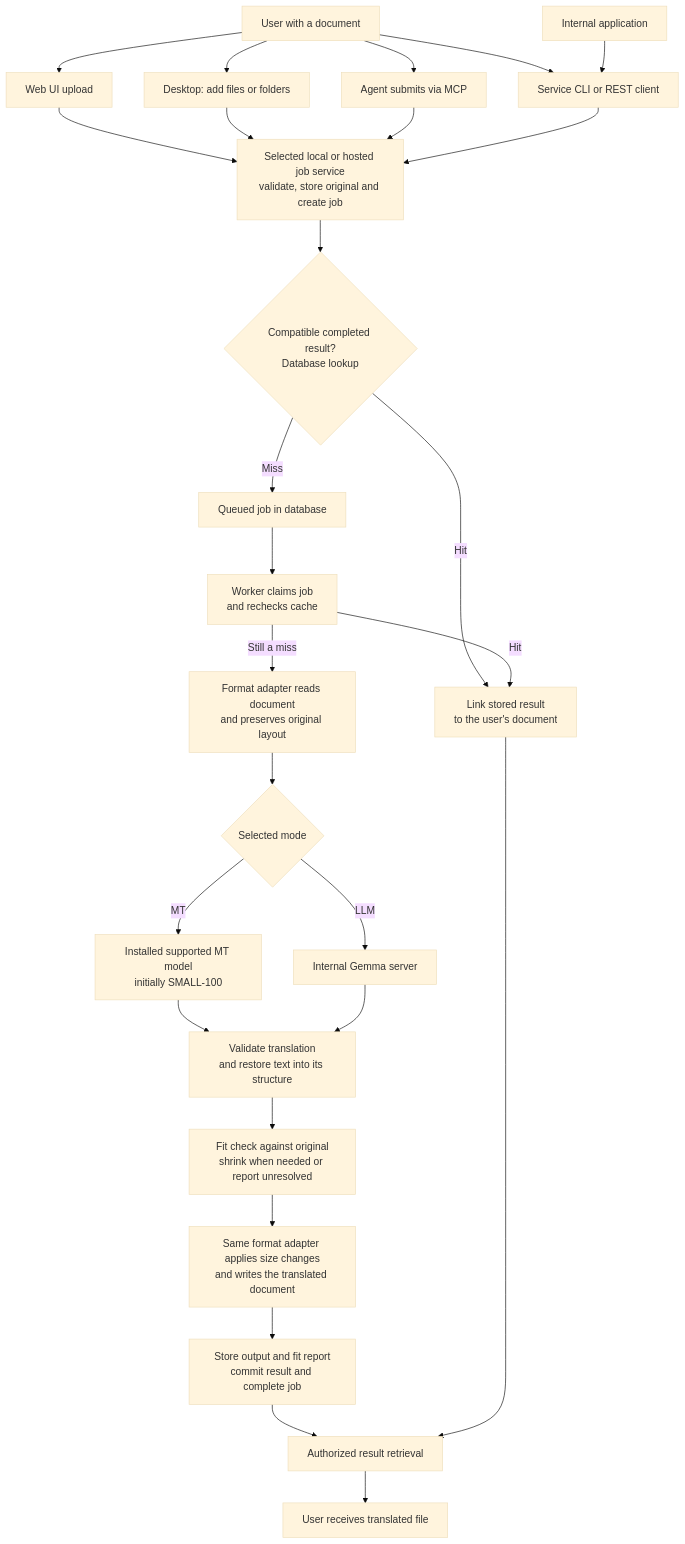
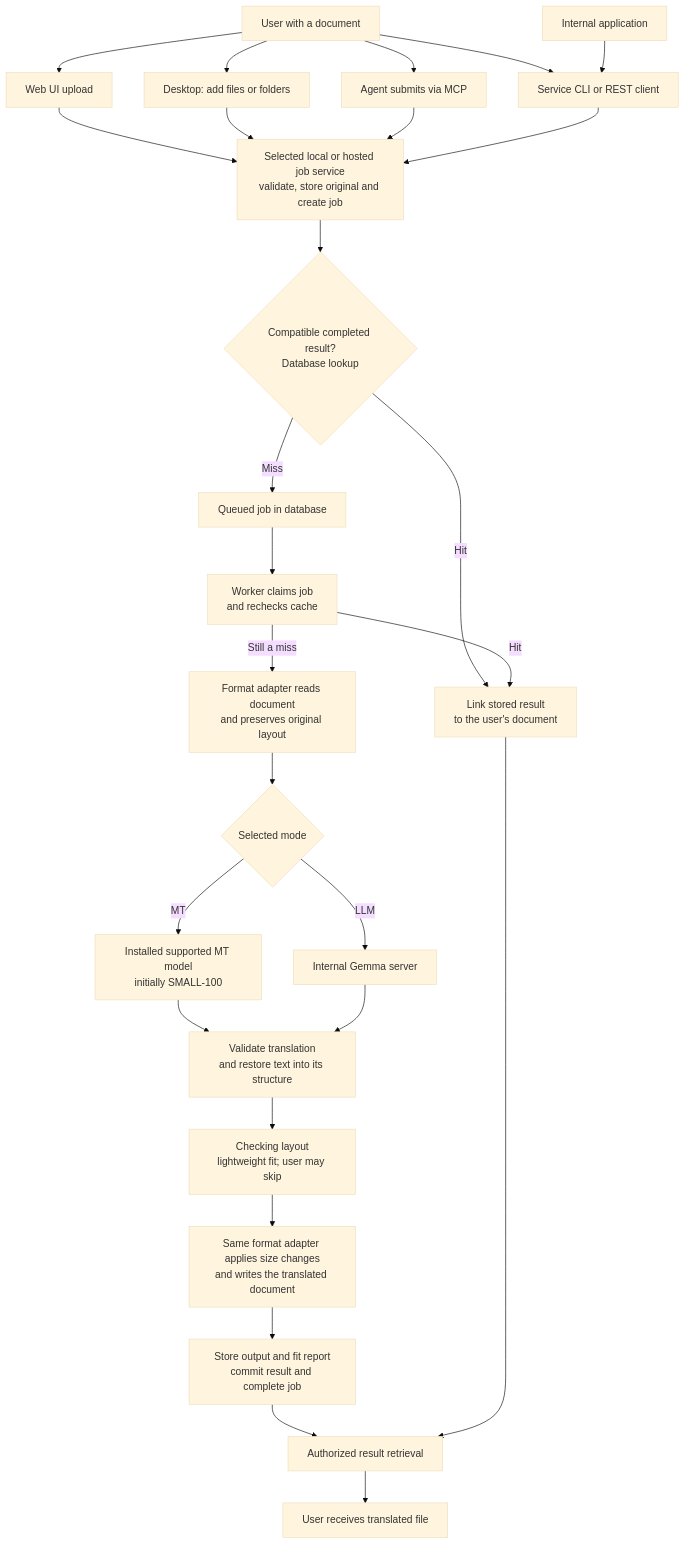
The first of 18 diagrams in docs/Architecture.md (mlei06/document-translator), drawn with Mermaid (base theme) before and after one commit. The commit also changed other lines of this file and 9 other files, not shown here.

Commit message:
docs: simplify fit display and plan cooperative skip

````diff
--- a/docs/Architecture.md
+++ b/docs/Architecture.md
@@ -47,29 +47,29 @@
 ```mermaid
 flowchart TD
     U["User with a document"] --> UI["Web UI upload"]
     U --> CLI["Service CLI or REST client"]
     U --> DESKTOP["Desktop: add files or folders"]
     INTERNAL["Internal application"] --> CLI
     U --> MCP["Agent submits via MCP"]
     UI --> JOB["Selected local or hosted job service<br/>validate, store original and create job"]
     DESKTOP --> JOB
     MCP --> JOB
     CLI --> JOB
     JOB --> CACHE{"Compatible completed result?<br/>Database lookup"}
     CACHE -->|Hit| REUSE["Link stored result<br/>to the user's document"]
     CACHE -->|Miss| QUEUE["Queued job in database"]
     QUEUE --> WORKER["Worker claims job<br/>and rechecks cache"]
     WORKER -->|Hit| REUSE
     WORKER -->|Still a miss| READ["Format adapter reads document<br/>and preserves original layout"]
     READ --> MODE{"Selected mode"}
     MODE -->|MT| MT["Installed supported MT model<br/>initially SMALL-100"]
     MODE -->|LLM| LLM["Internal Gemma server"]
     MT --> APPLY["Validate translation<br/>and restore text into its structure"]
     LLM --> APPLY
-    APPLY --> FIT["Fit check against original<br/>shrink when needed or report unresolved"]
+    APPLY --> FIT["Checking layout<br/>lightweight fit; user may skip"]
     FIT --> WRITE["Same format adapter applies size changes<br/>and writes the translated document"]
     WRITE --> STORE["Store output and fit report<br/>commit result and complete job"]
     STORE --> DOWNLOAD["Authorized result retrieval"]
     REUSE --> DOWNLOAD
     DOWNLOAD --> RESULT["User receives translated file"]
 ```
````
